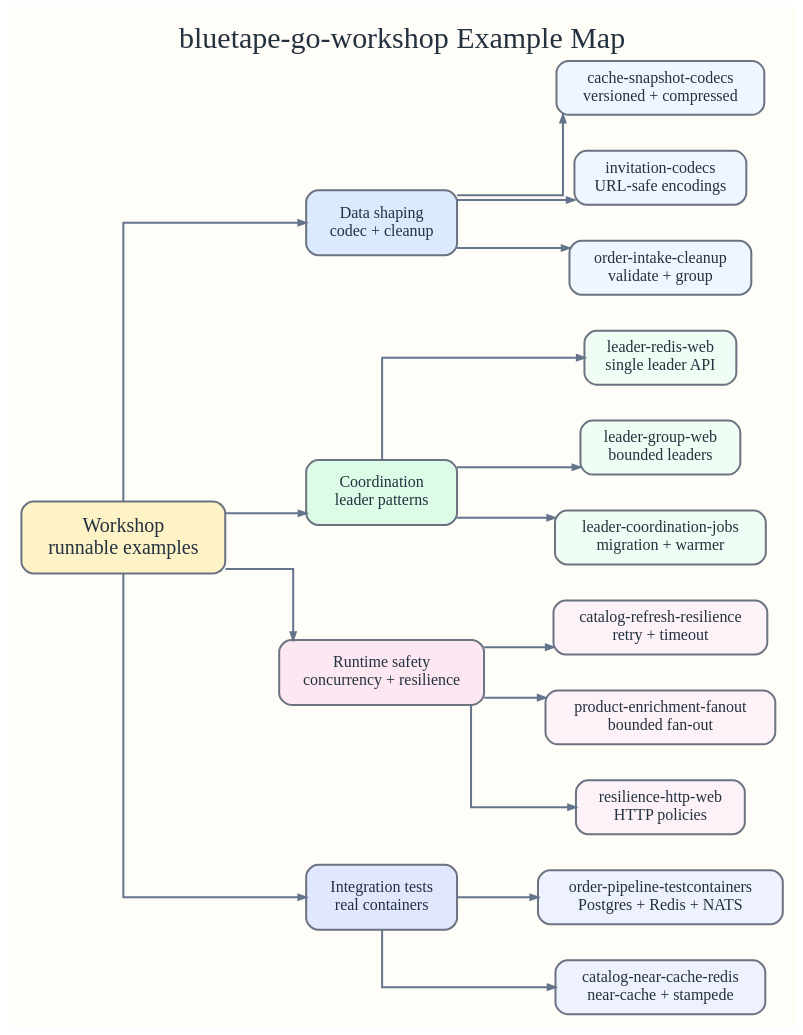
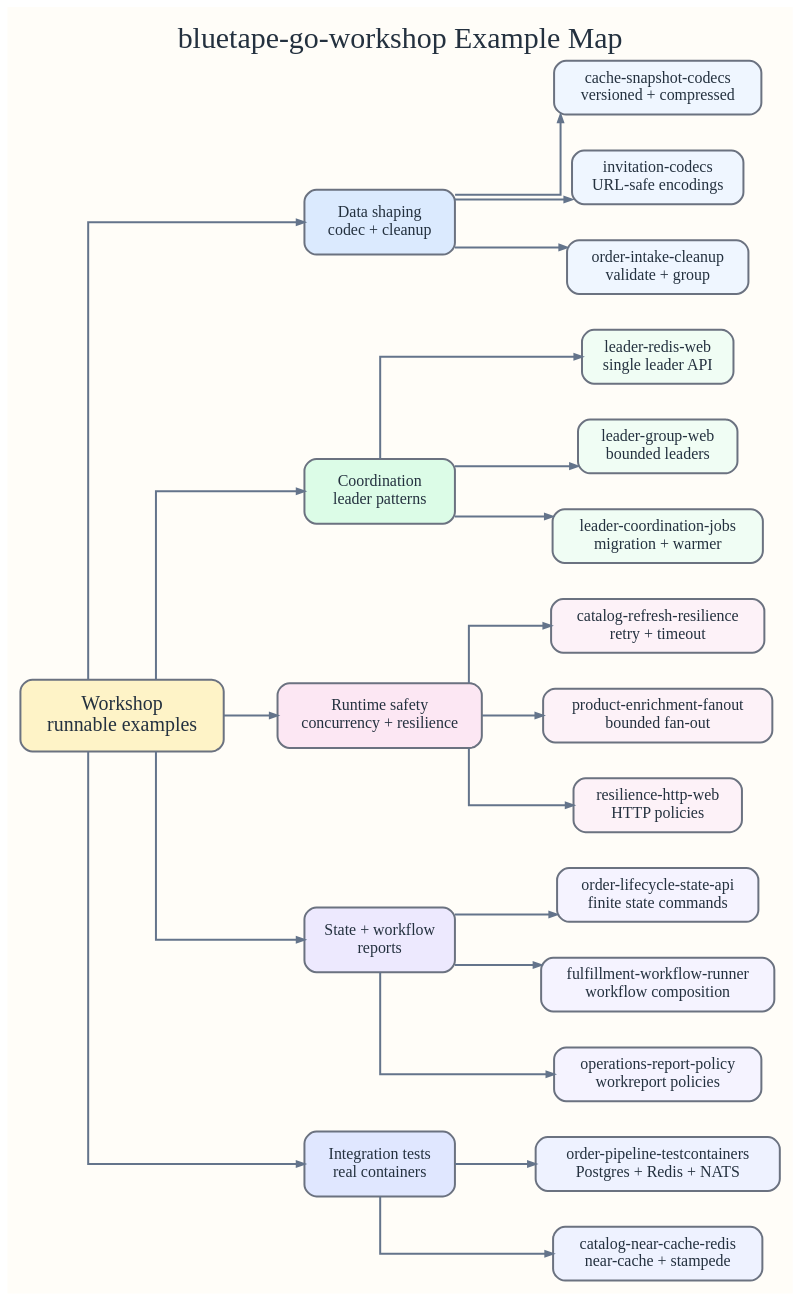
Before and after one commit to bluetape4k/bluetape-go-workshop: the diagram in docs/images/readme-diagrams/workshop-example-map.dot, drawn with Graphviz. The commit also changed 34 other files, not shown here.

First line of the commit message:
Teach report policy outcomes through an HTTP example

```diff
--- a/docs/images/readme-diagrams/workshop-example-map.dot
+++ b/docs/images/readme-diagrams/workshop-example-map.dot
@@ -1,69 +1,77 @@
 digraph G {
   graph [
     rankdir=LR,
     bgcolor="#fffdf8",
     margin=0.18,
     pad=0.18,
     nodesep=0.5,
     ranksep=0.75,
     splines=ortho,
     fontnames=svg,
     fontname="Architects Daughter",
     label="bluetape-go-workshop Example Map",
     labelloc=t,
     fontsize=30,
     fontcolor="#24313f"
   ];
   node [
     shape=rect,
     style="rounded,filled",
     penwidth=2,
     fontname="Comic Mono",
     fontsize=16,
     color="#6b7280",
     fontcolor="#24313f",
     margin="0.16,0.12"
   ];
   edge [
     color="#64748b",
     penwidth=2,
     arrowsize=0.75,
     fontname="Comic Mono",
     fontsize=12,
     fontcolor="#475569"
   ];
 
   workshop [label="Workshop\nrunnable examples", fillcolor="#fef3c7", fontname="Architects Daughter", fontsize=20, width=2.4, height=1.0];
   data [label="Data shaping\ncodec + cleanup", fillcolor="#dbeafe", width=2.1, height=0.9];
   leadership [label="Coordination\nleader patterns", fillcolor="#dcfce7", width=2.1, height=0.9];
   runtime [label="Runtime safety\nconcurrency + resilience", fillcolor="#fce7f3", width=2.35, height=0.9];
+  stateflow [label="State + workflow\nreports", fillcolor="#ede9fe", width=2.1, height=0.9];
   integration [label="Integration tests\nreal containers", fillcolor="#e0e7ff", width=2.1, height=0.9];
 
   snapshot [label="cache-snapshot-codecs\nversioned + compressed", fillcolor="#eff6ff"];
   invites [label="invitation-codecs\nURL-safe encodings", fillcolor="#eff6ff"];
   cleanup [label="order-intake-cleanup\nvalidate + group", fillcolor="#eff6ff"];
   singleLeader [label="leader-redis-web\nsingle leader API", fillcolor="#f0fdf4"];
   groupLeader [label="leader-group-web\nbounded leaders", fillcolor="#f0fdf4"];
   jobs [label="leader-coordination-jobs\nmigration + warmer", fillcolor="#f0fdf4"];
   refresh [label="catalog-refresh-resilience\nretry + timeout", fillcolor="#fdf2f8"];
   enrich [label="product-enrichment-fanout\nbounded fan-out", fillcolor="#fdf2f8"];
   http [label="resilience-http-web\nHTTP policies", fillcolor="#fdf2f8"];
+  orderState [label="order-lifecycle-state-api\nfinite state commands", fillcolor="#f5f3ff"];
+  fulfillment [label="fulfillment-workflow-runner\nworkflow composition", fillcolor="#f5f3ff"];
+  reports [label="operations-report-policy\nworkreport policies", fillcolor="#f5f3ff"];
   pipeline [label="order-pipeline-testcontainers\nPostgres + Redis + NATS", fillcolor="#eef2ff"];
   catalogCache [label="catalog-near-cache-redis\nnear-cache + stampede", fillcolor="#eef2ff"];
 
   workshop -> data;
   workshop -> leadership;
   workshop -> runtime;
+  workshop -> stateflow;
   workshop -> integration;
   data -> snapshot;
   data -> invites;
   data -> cleanup;
   leadership -> singleLeader;
   leadership -> groupLeader;
   leadership -> jobs;
   runtime -> refresh;
   runtime -> enrich;
   runtime -> http;
+  stateflow -> orderState;
+  stateflow -> fulfillment;
+  stateflow -> reports;
   integration -> pipeline;
   integration -> catalogCache;
 }
```
